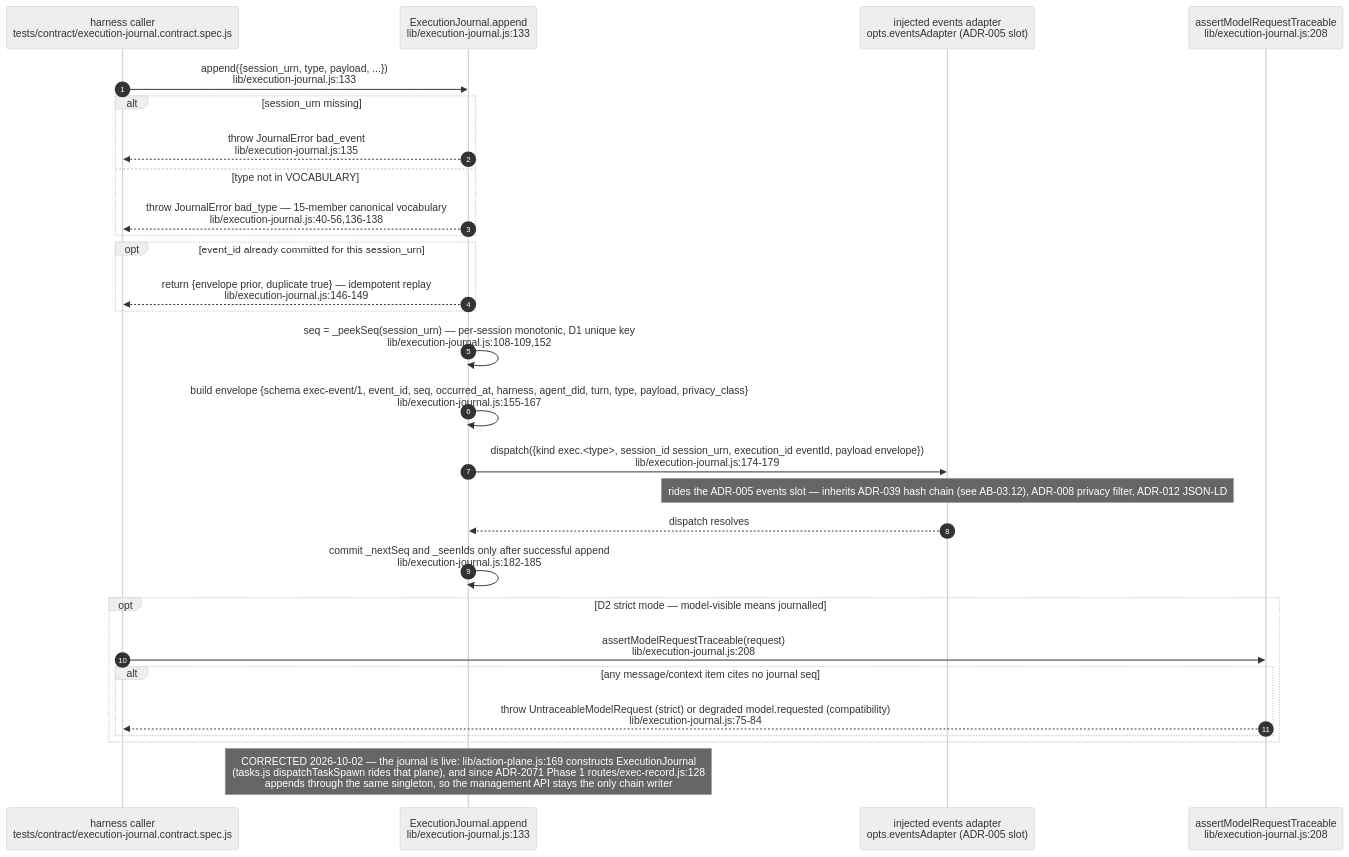
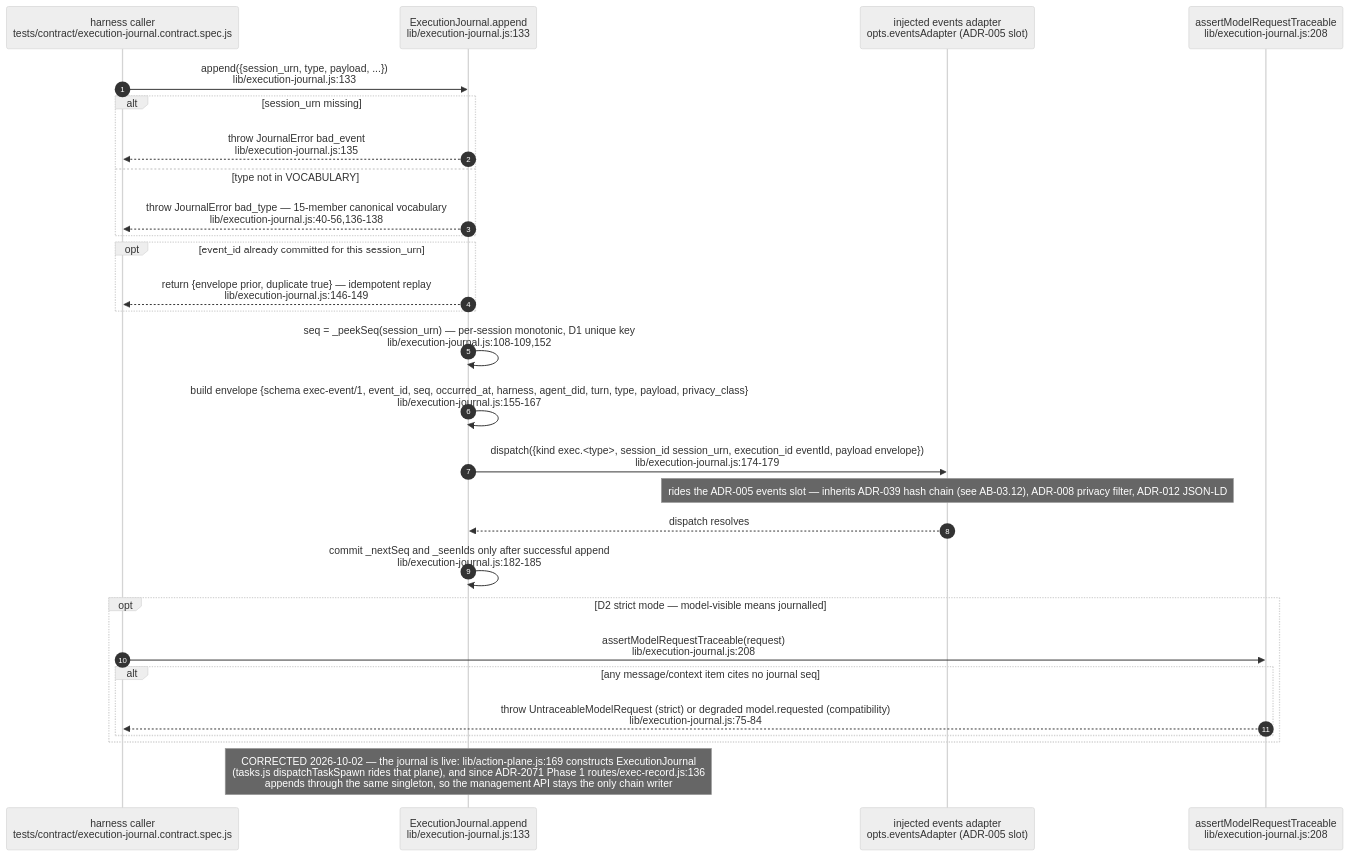
Diagram 14 of 19 in docs/diagrams/agentbox/03-management-api-request-lifecycle.md (DreamLab-AI/VisionFlow), drawn with Mermaid (neutral theme) before and after one commit. The commit also changed other lines of this file and 18 other files, not shown here.

First line of the commit message:
docs(diagrams): freeze panels for fixed defects and add successors at the fix revisions

````diff
--- a/docs/diagrams/agentbox/03-management-api-request-lifecycle.md
+++ b/docs/diagrams/agentbox/03-management-api-request-lifecycle.md
@@ -585,31 +589,31 @@
 ```mermaid
 sequenceDiagram
     autonumber
     participant Caller as harness caller<br/>tests/contract/execution-journal.contract.spec.js
     participant J as ExecutionJournal.append<br/>lib/execution-journal.js:133
     participant Ev as injected events adapter<br/>opts.eventsAdapter (ADR-005 slot)
     participant M as assertModelRequestTraceable<br/>lib/execution-journal.js:208
 
     Caller->>J: append({session_urn, type, payload, ...})<br/>lib/execution-journal.js:133
     alt session_urn missing
         J-->>Caller: throw JournalError bad_event<br/>lib/execution-journal.js:135
     else type not in VOCABULARY
         J-->>Caller: throw JournalError bad_type — 15-member canonical vocabulary<br/>lib/execution-journal.js:40-56,136-138
     end
     opt event_id already committed for this session_urn
         J-->>Caller: return {envelope prior, duplicate true} — idempotent replay<br/>lib/execution-journal.js:146-149
     end
     J->>J: seq = _peekSeq(session_urn) — per-session monotonic, D1 unique key<br/>lib/execution-journal.js:108-109,152
     J->>J: build envelope {schema exec-event/1, event_id, seq, occurred_at, harness, agent_did, turn, type, payload, privacy_class}<br/>lib/execution-journal.js:155-167
     J->>Ev: dispatch({kind exec.<type>, session_id session_urn, execution_id eventId, payload envelope})<br/>lib/execution-journal.js:174-179
     Note over Ev: rides the ADR-005 events slot — inherits ADR-039 hash chain (see AB-03.12), ADR-008 privacy filter, ADR-012 JSON-LD
     Ev-->>J: dispatch resolves
     J->>J: commit _nextSeq and _seenIds only after successful append<br/>lib/execution-journal.js:182-185
     opt D2 strict mode — model-visible means journalled
         Caller->>M: assertModelRequestTraceable(request)<br/>lib/execution-journal.js:208
         alt any message/context item cites no journal seq
             M-->>Caller: throw UntraceableModelRequest (strict) or degraded model.requested (compatibility)<br/>lib/execution-journal.js:75-84
         end
     end
-    Note over J: CORRECTED 2026-10-02 — the journal is live: lib/action-plane.js:169 constructs ExecutionJournal<br/>(tasks.js dispatchTaskSpawn rides that plane), and since ADR-2071 Phase 1 routes/exec-record.js:128<br/>appends through the same singleton, so the management API stays the only chain writer
+    Note over J: CORRECTED 2026-10-02 — the journal is live: lib/action-plane.js:169 constructs ExecutionJournal<br/>(tasks.js dispatchTaskSpawn rides that plane), and since ADR-2071 Phase 1 routes/exec-record.js:136<br/>appends through the same singleton, so the management API stays the only chain writer
 ```
````
